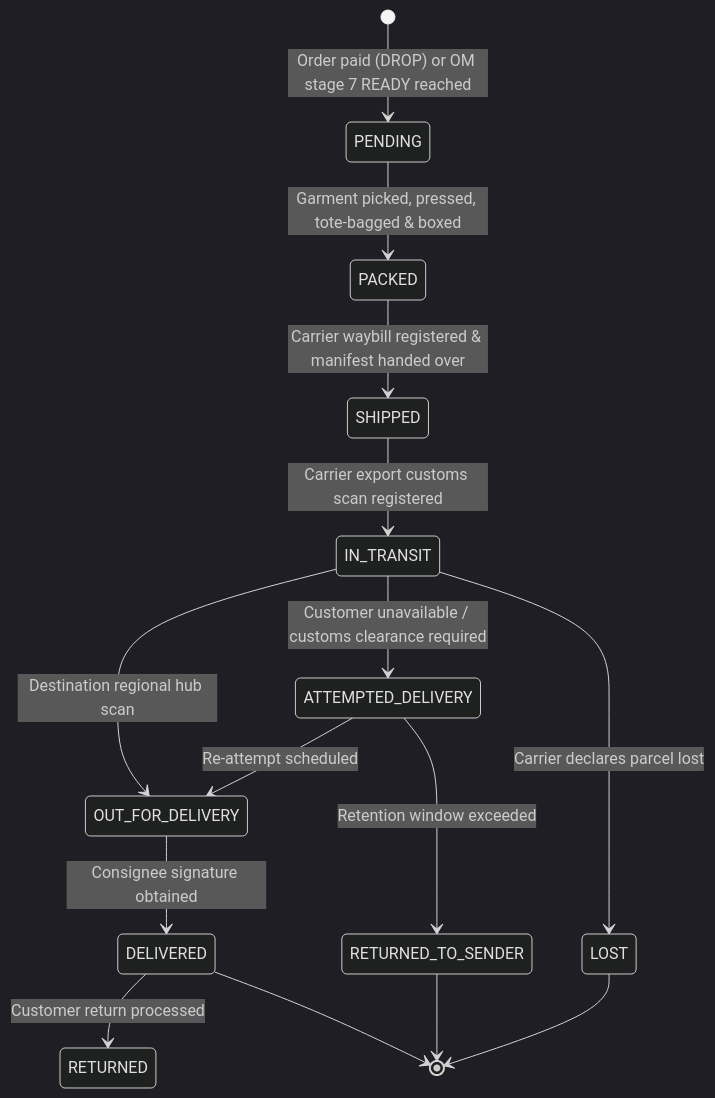
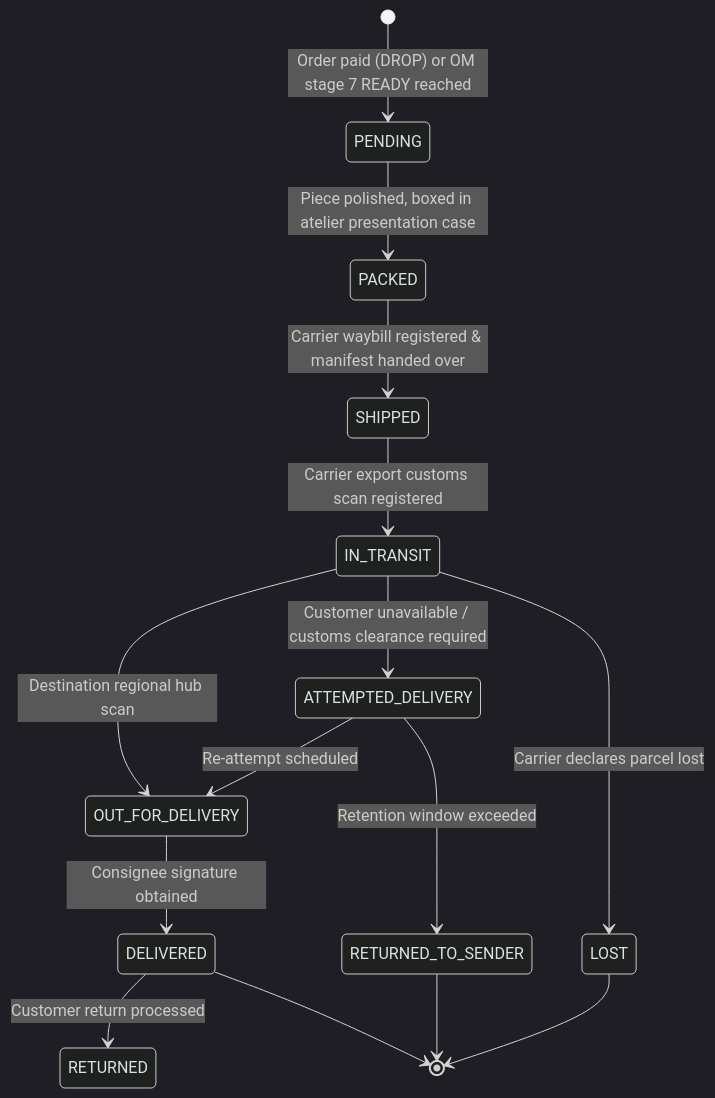
Before and after one commit to Sarthak2233/Jeanius: the eighth of 10 diagrams in docs/product/PRODUCT-CONTRACT.md, drawn with Mermaid (dark theme). The commit also changed other lines of this file and 145 other files, not shown here.

````diff
--- a/docs/product/PRODUCT-CONTRACT.md
+++ b/docs/product/PRODUCT-CONTRACT.md
@@ -421,19 +399,19 @@
 ```mermaid
 stateDiagram-v2
     [*] --> PENDING: Order paid (DROP) or OM stage 7 READY reached
-    PENDING --> PACKED: Garment picked, pressed, tote-bagged & boxed
+    PENDING --> PACKED: Piece polished, boxed in atelier presentation case
     PACKED --> SHIPPED: Carrier waybill registered & manifest handed over
     SHIPPED --> IN_TRANSIT: Carrier export customs scan registered
     IN_TRANSIT --> OUT_FOR_DELIVERY: Destination regional hub scan
     OUT_FOR_DELIVERY --> DELIVERED: Consignee signature obtained
     
     IN_TRANSIT --> ATTEMPTED_DELIVERY: Customer unavailable / customs clearance required
     ATTEMPTED_DELIVERY --> OUT_FOR_DELIVERY: Re-attempt scheduled
     ATTEMPTED_DELIVERY --> RETURNED_TO_SENDER: Retention window exceeded
     IN_TRANSIT --> LOST: Carrier declares parcel lost
     
     DELIVERED --> RETURNED: Customer return processed
     RETURNED_TO_SENDER --> [*]
     LOST --> [*]
     DELIVERED --> [*]
 ```
````
